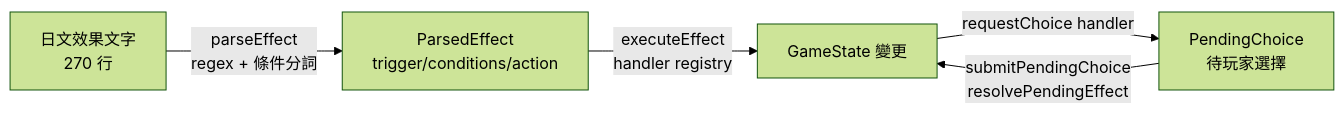
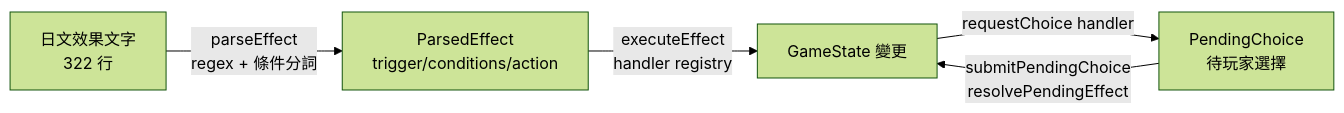
Before and after one commit to lyangjyehaur/zutomayo-card-online: the third of 4 diagrams in docs/ARCHITECTURE.md, drawn with Mermaid (forest theme). The commit also changed other lines of this file and 37 other files, not shown here.

````diff
--- a/docs/ARCHITECTURE.md
+++ b/docs/ARCHITECTURE.md
@@ -421,7 +421,7 @@
 ```mermaid
 flowchart LR
-    JP[日文效果文字\n270 行] -->|parseEffect\nregex + 條件分詞| Parsed[ParsedEffect\ntrigger/conditions/action]
+    JP[日文效果文字\n322 行] -->|parseEffect\nregex + 條件分詞| Parsed[ParsedEffect\ntrigger/conditions/action]
     Parsed -->|executeEffect\nhandler registry| State[GameState 變更]
     State -->|requestChoice handler| Pending[PendingChoice\n待玩家選擇]
     Pending -->|submitPendingChoice\nresolvePendingEffect| State
 ```
````
